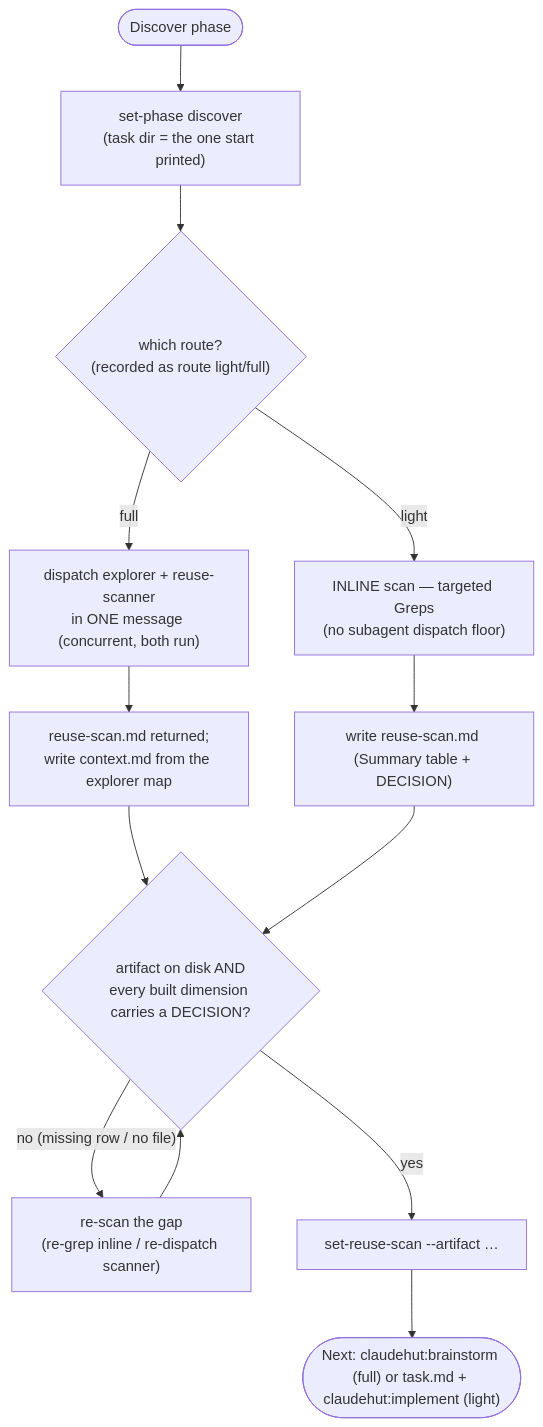
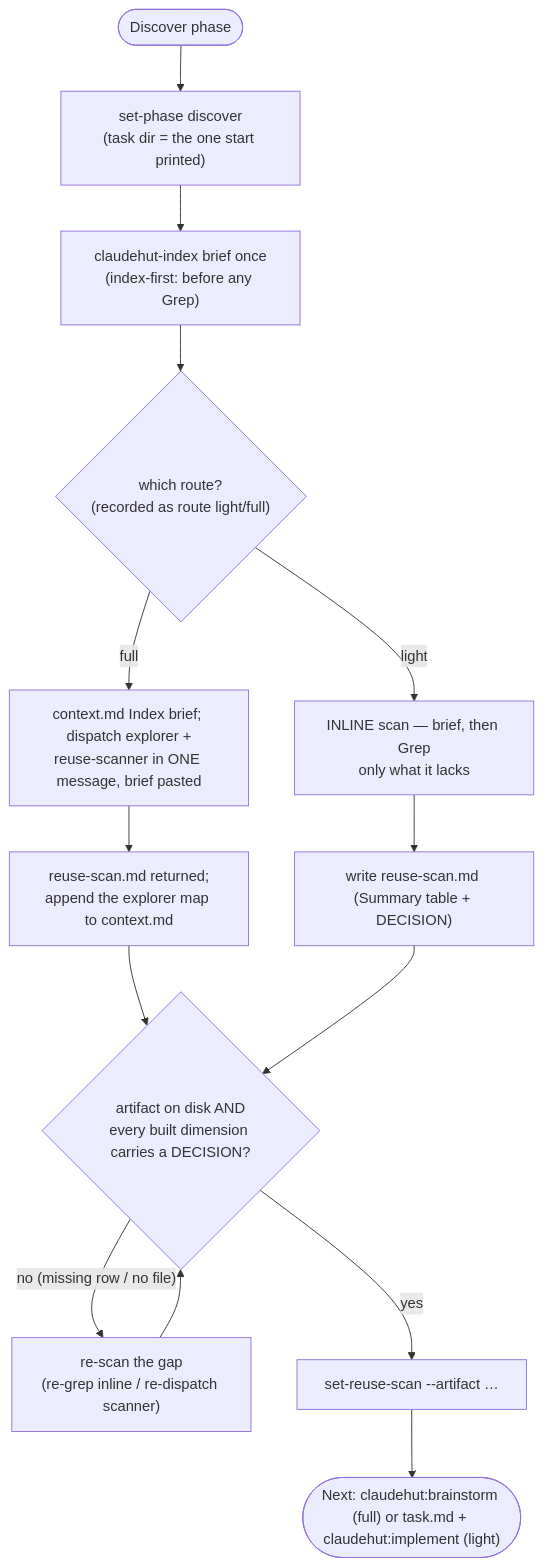
The diagram in skills/discover/SKILL.md (taipt1504/claudehut), drawn with Mermaid before and after one commit. The commit also changed other lines of this file and 57 other files, not shown here.

````diff
--- a/skills/discover/SKILL.md
+++ b/skills/discover/SKILL.md
@@ -42,15 +40,16 @@
 ```mermaid
 flowchart TB
     start([Discover phase]) --> ph["set-phase discover<br/>(task dir = the one start printed)"]
-    ph --> rt{"which route?<br/>(recorded as route light/full)"}
-    rt -- "light" --> inl["INLINE scan — targeted Greps<br/>(no subagent dispatch floor)"]
-    rt -- "full" --> fan["dispatch explorer + reuse-scanner<br/>in ONE message (concurrent, both run)"]
-    fan --> join["reuse-scan.md returned;<br/>write context.md from the explorer map"]
+    ph --> br["claudehut-index brief once<br/>(index-first: before any Grep)"]
+    br --> rt{"which route?<br/>(recorded as route light/full)"}
+    rt -- "light" --> inl["INLINE scan — brief, then Grep<br/>only what it lacks"]
+    rt -- "full" --> fan["context.md Index brief; dispatch explorer +<br/>reuse-scanner in ONE message, brief pasted"]
+    fan --> join["reuse-scan.md returned;<br/>append the explorer map to context.md"]
     inl --> wr["write reuse-scan.md (Summary table + DECISION)"]
     join --> grd{"artifact on disk AND<br/>every built dimension carries a DECISION?"}
     wr --> grd
     grd -- "no (missing row / no file)" --> rescan["re-scan the gap<br/>(re-grep inline / re-dispatch scanner)"]
     rescan --> grd
     grd -- "yes" --> rec["set-reuse-scan --artifact …"]
     rec --> done(["Next: claudehut:brainstorm (full) or task.md + claudehut:implement (light)"])
 ```
````
